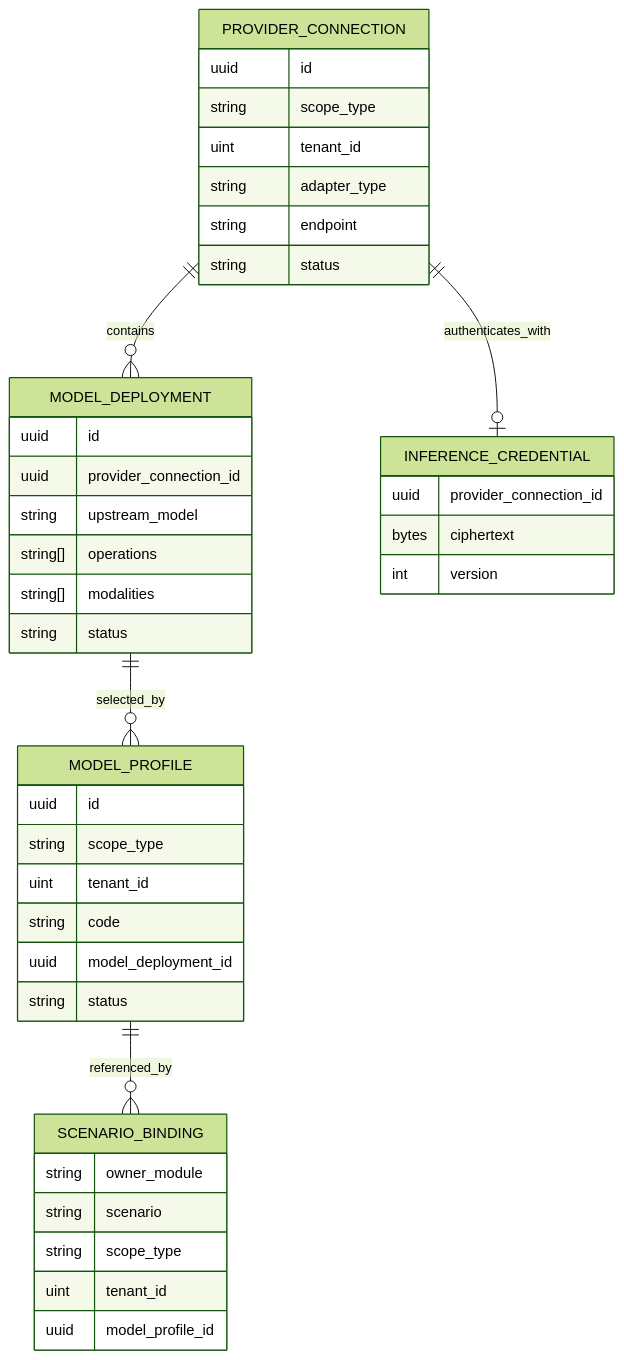
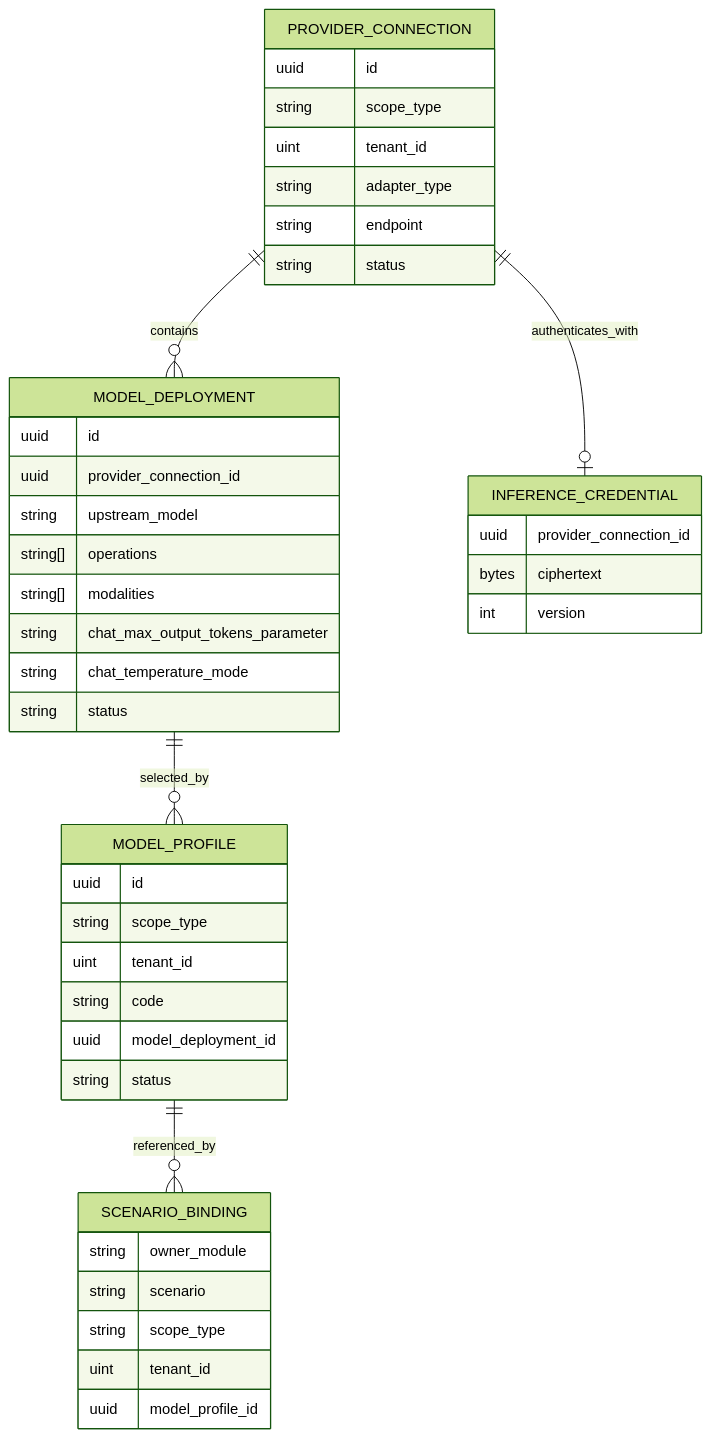
Before and after one commit to pampa0629/addp: the diagram in docs/spec/addp AI推理接口规范.md, drawn with Mermaid (forest theme). The commit also changed other lines of this file and 77 other files, not shown here.

````diff
--- a/docs/spec/addp AI推理接口规范.md
+++ b/docs/spec/addp AI推理接口规范.md
@@ -25,44 +25,46 @@
 ```mermaid
 erDiagram
     PROVIDER_CONNECTION ||--o{ MODEL_DEPLOYMENT : contains
     MODEL_DEPLOYMENT ||--o{ MODEL_PROFILE : selected_by
     PROVIDER_CONNECTION ||--o| INFERENCE_CREDENTIAL : authenticates_with
     MODEL_PROFILE ||--o{ SCENARIO_BINDING : referenced_by
 
     PROVIDER_CONNECTION {
         uuid id
         string scope_type
         uint tenant_id
         string adapter_type
         string endpoint
         string status
     }
     MODEL_DEPLOYMENT {
         uuid id
         uuid provider_connection_id
         string upstream_model
         string[] operations
         string[] modalities
+        string chat_max_output_tokens_parameter
+        string chat_temperature_mode
         string status
     }
     MODEL_PROFILE {
         uuid id
         string scope_type
         uint tenant_id
         string code
         uuid model_deployment_id
         string status
     }
     INFERENCE_CREDENTIAL {
         uuid provider_connection_id
         bytes ciphertext
         int version
     }
     SCENARIO_BINDING {
         string owner_module
         string scenario
         string scope_type
         uint tenant_id
         uuid model_profile_id
     }
 ```
````
